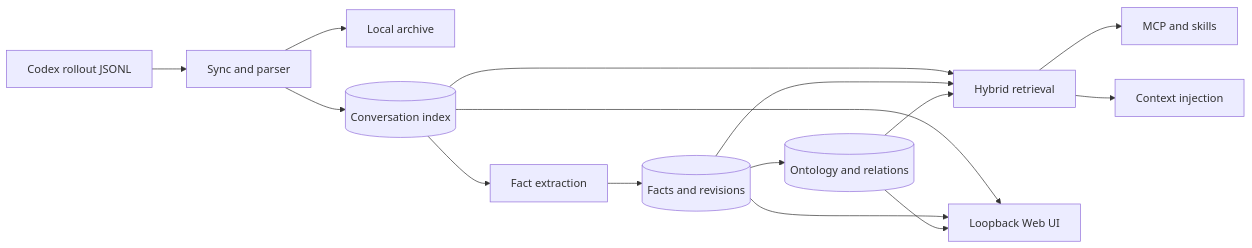
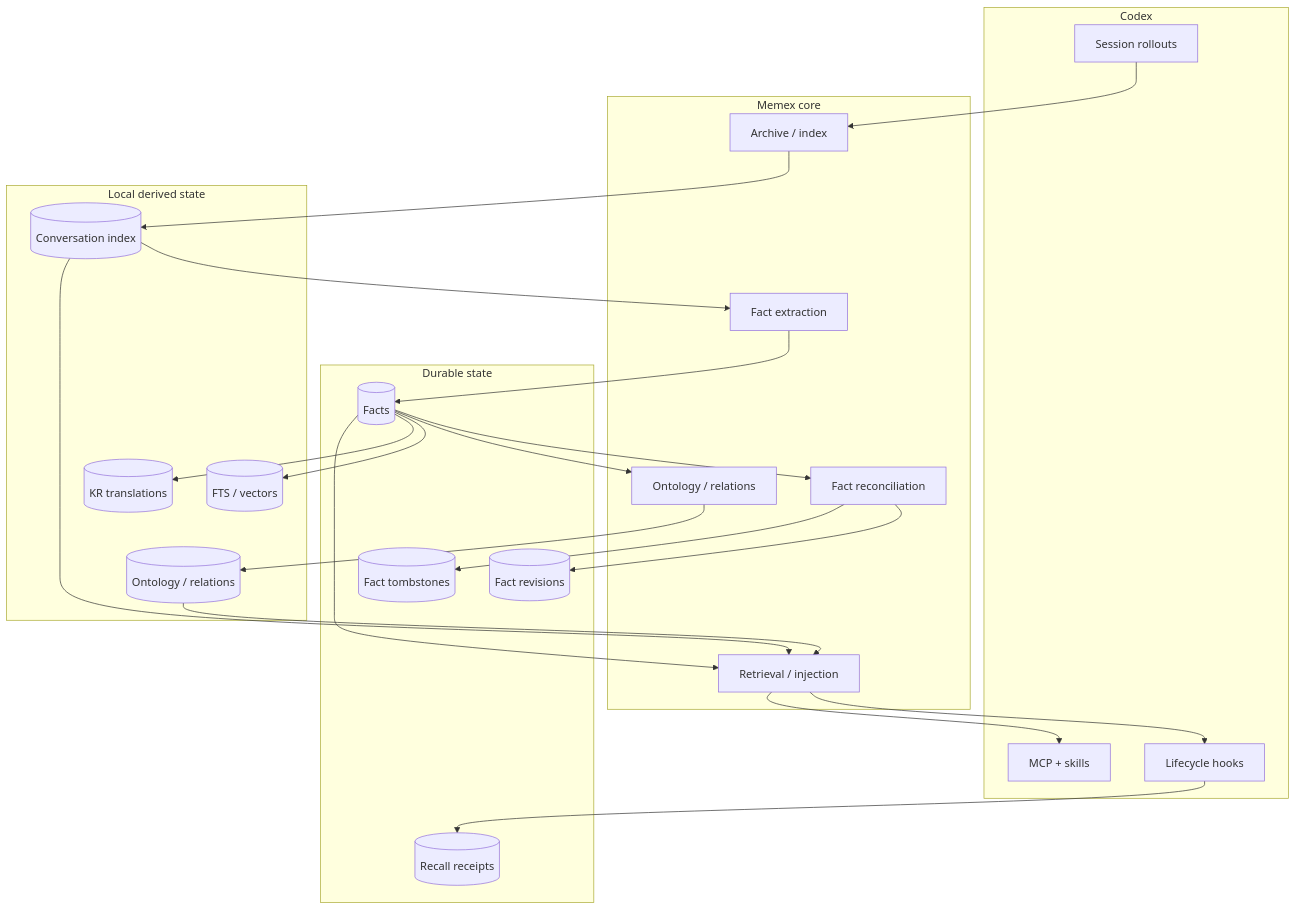
One commit to BongSuCHOI/memex changed the diagram in README-KR.md. Above: the diagram before and after it, drawn with Mermaid. The commit also changed other lines of this file and 21 other files, not shown here.

````diff
--- a/README-KR.md
+++ b/README-KR.md
@@ -44,17 +38,48 @@
 ```mermaid
-flowchart LR
-    R[Codex rollout JSONL] --> S[Sync and parser]
-    S --> A[Local archive]
-    S --> C[(Conversation index)]
-    C --> X[Fact extraction]
-    X --> F[(Facts and revisions)]
-    F --> G[(Ontology and relations)]
-    C --> Q[Hybrid retrieval]
-    F --> Q
-    G --> Q
-    Q --> M[MCP and skills]
-    Q --> H[Context injection]
-    C --> UI[Loopback Web UI]
-    F --> UI
-    G --> UI
+flowchart TB
+    subgraph Codex[Codex]
+      Rollouts[Session rollouts]
+      Hooks[Lifecycle hooks]
+      MCP[MCP + skills]
+    end
+
+    subgraph Core[Memex core]
+      Archive[Archive / index]
+      Extract[Fact extraction]
+      Reconcile[Fact reconciliation]
+      Retrieve[Retrieval / injection]
+      Graph[Ontology / relations]
+    end
+
+    subgraph Durable[Durable state]
+      Facts[(Facts)]
+      Revisions[(Fact revisions)]
+      Tombstones[(Fact tombstones)]
+      Recall[(Recall receipts)]
+    end
+
+    subgraph Local[Local derived state]
+      Exchanges[(Conversation index)]
+      Vectors[(FTS / vectors)]
+      KR[(KR translations)]
+      Ontology[(Ontology / relations)]
+    end
+
+    Rollouts --> Archive
+    Archive --> Exchanges
+    Exchanges --> Extract
+    Extract --> Facts
+    Facts --> Reconcile
+    Reconcile --> Revisions
+    Reconcile --> Tombstones
+    Facts --> Graph
+    Graph --> Ontology
+    Facts --> Vectors
+    Facts --> KR
+    Exchanges --> Retrieve
+    Facts --> Retrieve
+    Ontology --> Retrieve
+    Retrieve --> Hooks
+    Retrieve --> MCP
+    Hooks --> Recall
 ```
````
